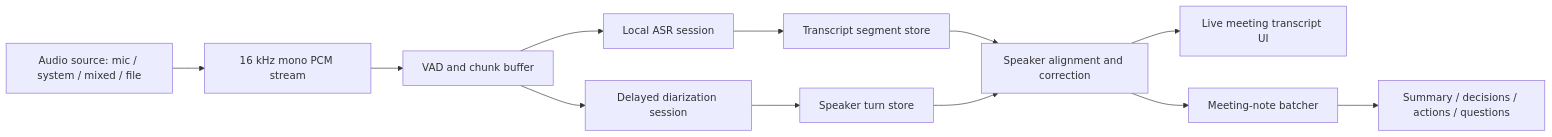
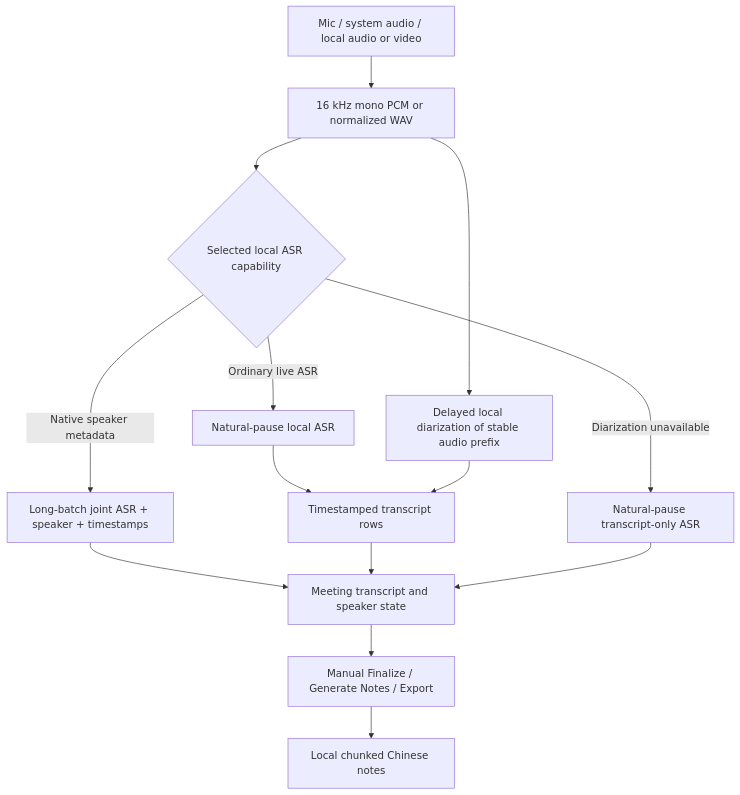
The diagram in docs/phase-4y-live-meeting-transcription-prd.md (qiupo/llmTools), drawn with Mermaid before and after one commit. The commit also changed other lines of this file and 34 other files, not shown here.

````diff
--- a/docs/phase-4y-live-meeting-transcription-prd.md
+++ b/docs/phase-4y-live-meeting-transcription-prd.md
@@ -229,14 +341,16 @@
 ```mermaid
-flowchart LR
-    A["Audio source: mic / system / mixed / file"] --> B["16 kHz mono PCM stream"]
-    B --> C["VAD and chunk buffer"]
-    C --> D["Local ASR session"]
-    C --> E["Delayed diarization session"]
-    D --> F["Transcript segment store"]
-    E --> G["Speaker turn store"]
-    F --> H["Speaker alignment and correction"]
-    G --> H
-    H --> I["Live meeting transcript UI"]
-    H --> J["Meeting-note batcher"]
-    J --> K["Summary / decisions / actions / questions"]
+flowchart TD
+    A["Mic / system audio / local audio or video"] --> B["16 kHz mono PCM or normalized WAV"]
+    B --> C{"Selected local ASR capability"}
+    C -->|"Native speaker metadata"| D["Long-batch joint ASR + speaker + timestamps"]
+    C -->|"Ordinary live ASR"| E["Natural-pause local ASR"]
+    E --> F["Timestamped transcript rows"]
+    B --> G["Delayed local diarization of stable audio prefix"]
+    G --> F
+    C -->|"Diarization unavailable"| H["Natural-pause transcript-only ASR"]
+    D --> I["Meeting transcript and speaker state"]
+    F --> I
+    H --> I
+    I --> J["Manual Finalize / Generate Notes / Export"]
+    J --> K["Local chunked Chinese notes"]
 ```
````
